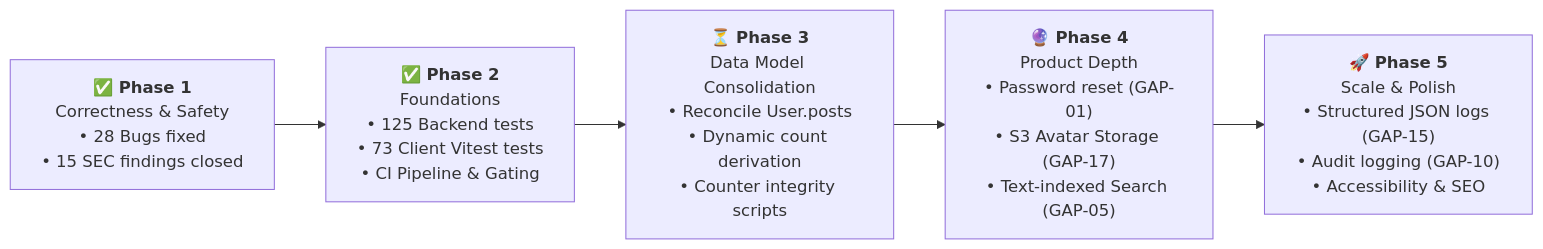
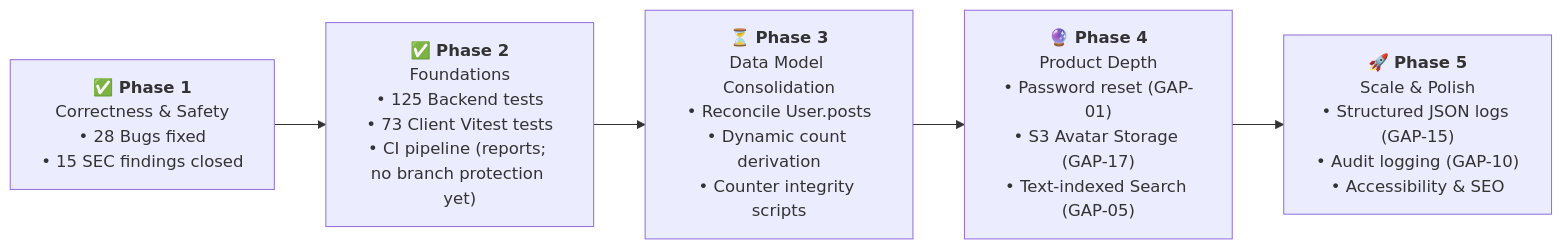
The diagram in docs/product/roadmap.md (Purvesh-PJ/bloghub), drawn with Mermaid before and after one commit. The commit also changed other lines of this file and 24 other files, not shown here.

````diff
--- a/docs/product/roadmap.md
+++ b/docs/product/roadmap.md
@@ -464,10 +471,10 @@
 ```mermaid
 flowchart LR
     P1["✅ <b>Phase 1</b><br/>Correctness & Safety<br/>• 28 Bugs fixed<br/>• 15 SEC findings closed"]
-    P2["✅ <b>Phase 2</b><br/>Foundations<br/>• 125 Backend tests<br/>• 73 Client Vitest tests<br/>• CI Pipeline & Gating"]
+    P2["✅ <b>Phase 2</b><br/>Foundations<br/>• 125 Backend tests<br/>• 73 Client Vitest tests<br/>• CI pipeline (reports; no branch protection yet)"]
     P3["⏳ <b>Phase 3</b><br/>Data Model Consolidation<br/>• Reconcile User.posts<br/>• Dynamic count derivation<br/>• Counter integrity scripts"]
     P4["🔮 <b>Phase 4</b><br/>Product Depth<br/>• Password reset (GAP-01)<br/>• S3 Avatar Storage (GAP-17)<br/>• Text-indexed Search (GAP-05)"]
     P5["🚀 <b>Phase 5</b><br/>Scale & Polish<br/>• Structured JSON logs (GAP-15)<br/>• Audit logging (GAP-10)<br/>• Accessibility & SEO"]
 
     P1 --> P2 --> P3 --> P4 --> P5
 ```
````
